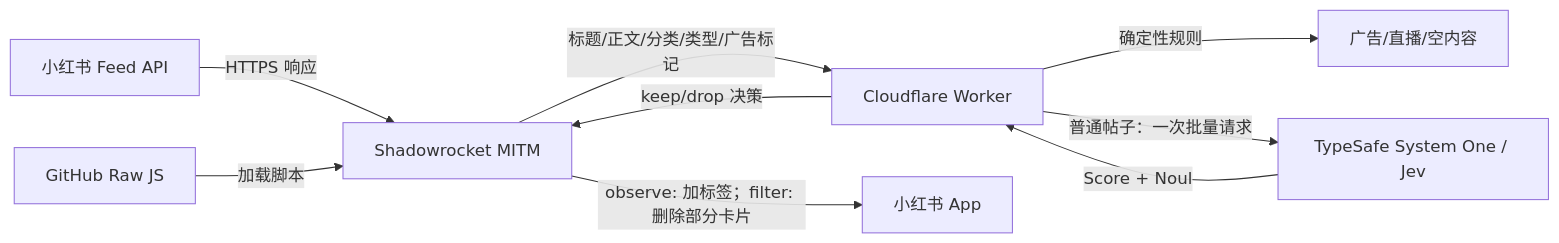
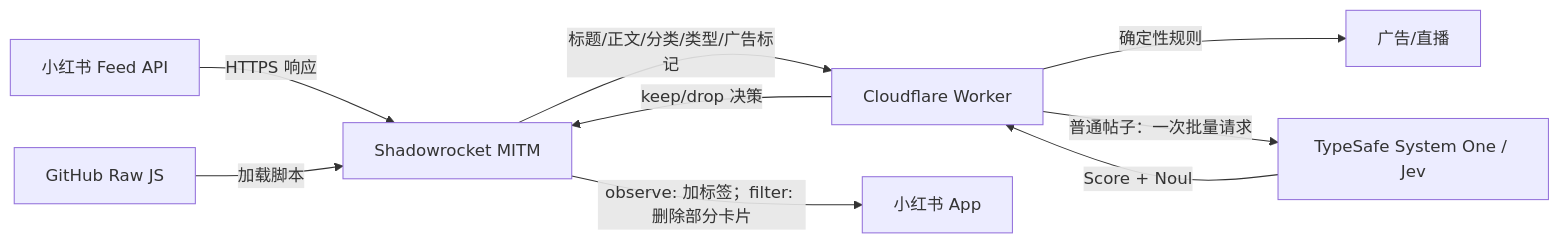
The first of 2 diagrams in docs/technical-solution.md (weikx/shadowrocket-scripts), drawn with Mermaid before and after one commit. The commit also changed other lines of this file and 4 other files, not shown here.

````diff
--- a/docs/technical-solution.md
+++ b/docs/technical-solution.md
@@ -38,11 +38,11 @@
 ```mermaid
 flowchart LR
     XHS[小红书 Feed API] -->|HTTPS 响应| SR[Shadowrocket MITM]
     GH[GitHub Raw JS] -->|加载脚本| SR
     SR -->|标题/正文/分类/类型/广告标记| CF[Cloudflare Worker]
-    CF -->|确定性规则| RULES[广告/直播/空内容]
+    CF -->|确定性规则| RULES[广告/直播]
     CF -->|普通帖子：一次批量请求| JEV[TypeSafe System One / Jev]
     JEV -->|Score + Noul| CF
     CF -->|keep/drop 决策| SR
     SR -->|observe: 加标签；filter: 删除部分卡片| APP[小红书 App]
 ```
````
